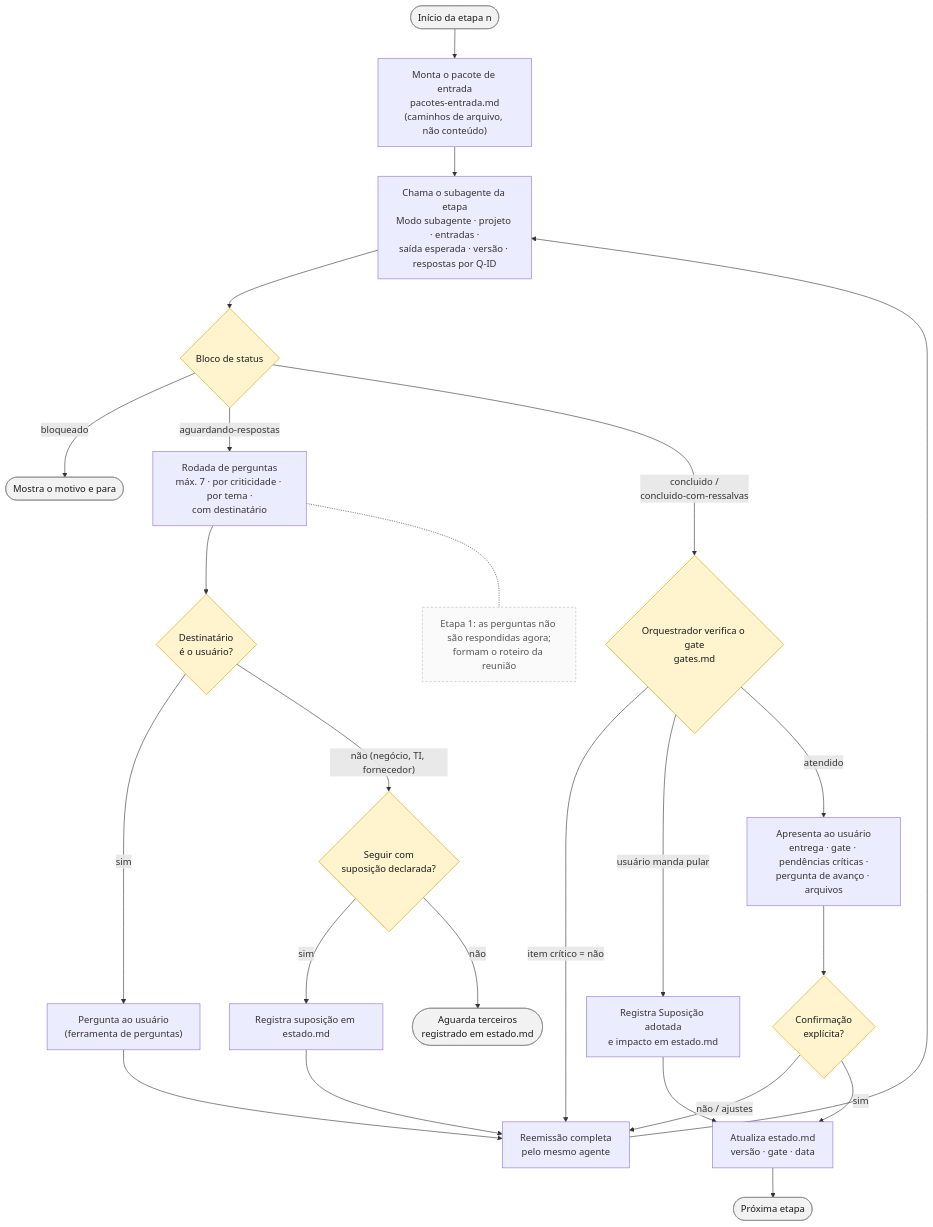
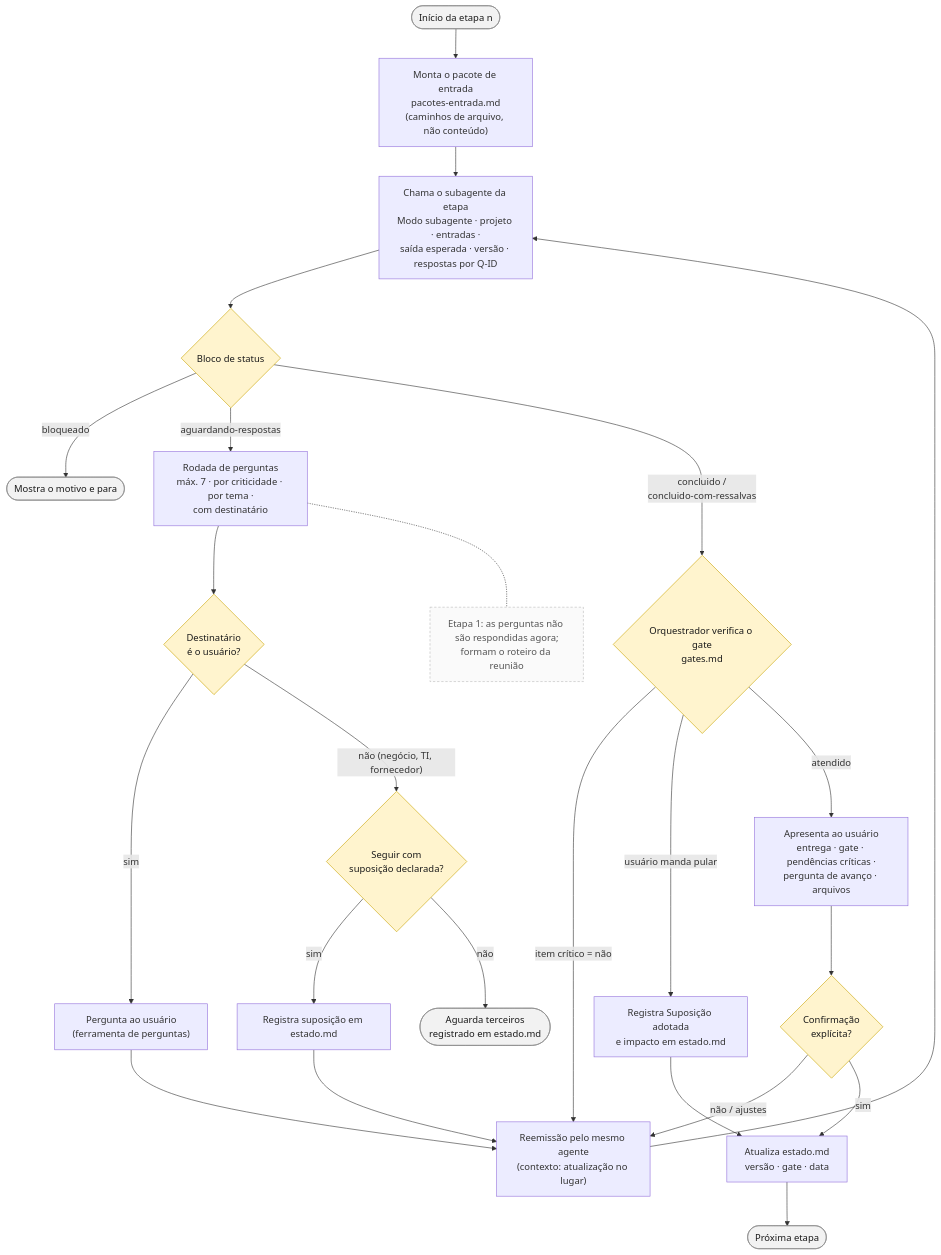
The second of 3 diagrams in docs/fluxograma.md (kleber-front/docs-produtos), drawn with Mermaid before and after one commit. The commit also changed other lines of this file and 32 other files, not shown here.

````diff
--- a/docs/fluxograma.md
+++ b/docs/fluxograma.md
@@ -83,38 +83,38 @@
 ```mermaid
 flowchart TD
     S(["Início da etapa n"]) --> P["Monta o pacote de entrada<br/>pacotes-entrada.md<br/>(caminhos de arquivo, não conteúdo)"]
     P --> C["Chama o subagente da etapa<br/>Modo subagente · projeto · entradas ·<br/>saída esperada · versão · respostas por Q-ID"]
     C --> B{"Bloco de status"}
 
     B -->|bloqueado| BL(["Mostra o motivo e para"])
 
     B -->|aguardando-respostas| R["Rodada de perguntas<br/>máx. 7 · por criticidade · por tema ·<br/>com destinatário"]
     R --> D{"Destinatário<br/>é o usuário?"}
     D -->|sim| AQ["Pergunta ao usuário<br/>(ferramenta de perguntas)"]
     D -->|"não (negócio, TI, fornecedor)"| SUP{"Seguir com<br/>suposição declarada?"}
     SUP -->|sim| RS["Registra suposição em estado.md"]
     SUP -->|não| AG(["Aguarda terceiros<br/>registrado em estado.md"])
-    AQ --> RE["Reemissão completa<br/>pelo mesmo agente"]
+    AQ --> RE["Reemissão pelo mesmo agente<br/>(contexto: atualização no lugar)"]
     RS --> RE
     RE --> C
 
     B -->|"concluido /<br/>concluido-com-ressalvas"| GV{"Orquestrador verifica o gate<br/>gates.md"}
     GV -->|"item crítico = não"| RE
     GV -->|"usuário manda pular"| SK["Registra Suposição adotada<br/>e impacto em estado.md"]
     GV -->|atendido| AP["Apresenta ao usuário<br/>entrega · gate · pendências críticas ·<br/>pergunta de avanço · arquivos"]
     SK --> UP
     AP --> CF{"Confirmação<br/>explícita?"}
     CF -->|"não / ajustes"| RE
     CF -->|sim| UP["Atualiza estado.md<br/>versão · gate · data"]
     UP --> NX(["Próxima etapa"])
 
     N1["Etapa 1: as perguntas não são respondidas agora;<br/>formam o roteiro da reunião"]
     R -.- N1
 
     classDef gate fill:#fff4ce,stroke:#c9a400,color:#1a1a1a
     classDef nota fill:#fafafa,stroke:#bbb,stroke-dasharray:4 3,color:#555
     classDef terminal fill:#f2f2f2,stroke:#888,color:#1a1a1a
     class B,D,SUP,GV,CF gate
     class N1 nota
     class S,BL,AG,NX terminal
 ```
````
